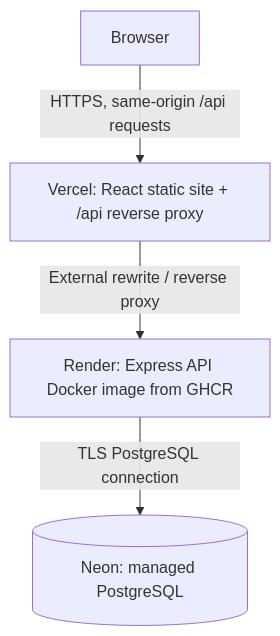
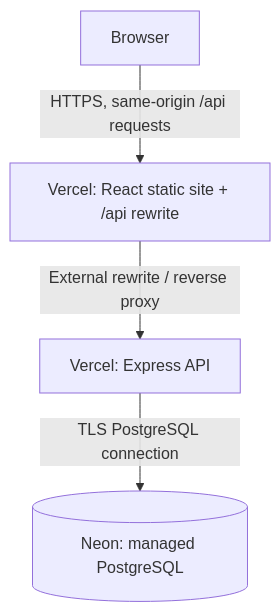
The second of 2 diagrams in CAMPUSHUB_PROJECT_PLAN.md (RafiKK98/campushub), drawn with Mermaid before and after one commit. The commit also changed other lines of this file and 11 other files, not shown here.

````diff
--- a/CAMPUSHUB_PROJECT_PLAN.md
+++ b/CAMPUSHUB_PROJECT_PLAN.md
@@ -167,11 +166,11 @@
 ```mermaid
 flowchart TD
     Browser[Browser]
-    Vercel[Vercel: React static site + /api reverse proxy]
-    Render[Render: Express API Docker image from GHCR]
+    VercelWeb[Vercel: React static site + /api rewrite]
+    VercelApi[Vercel: Express API]
     Neon[(Neon: managed PostgreSQL)]
 
-    Browser -->|HTTPS, same-origin /api requests| Vercel
-    Vercel -->|External rewrite / reverse proxy| Render
-    Render -->|TLS PostgreSQL connection| Neon
+    Browser -->|HTTPS, same-origin /api requests| VercelWeb
+    VercelWeb -->|External rewrite / reverse proxy| VercelApi
+    VercelApi -->|TLS PostgreSQL connection| Neon
 ```
````
